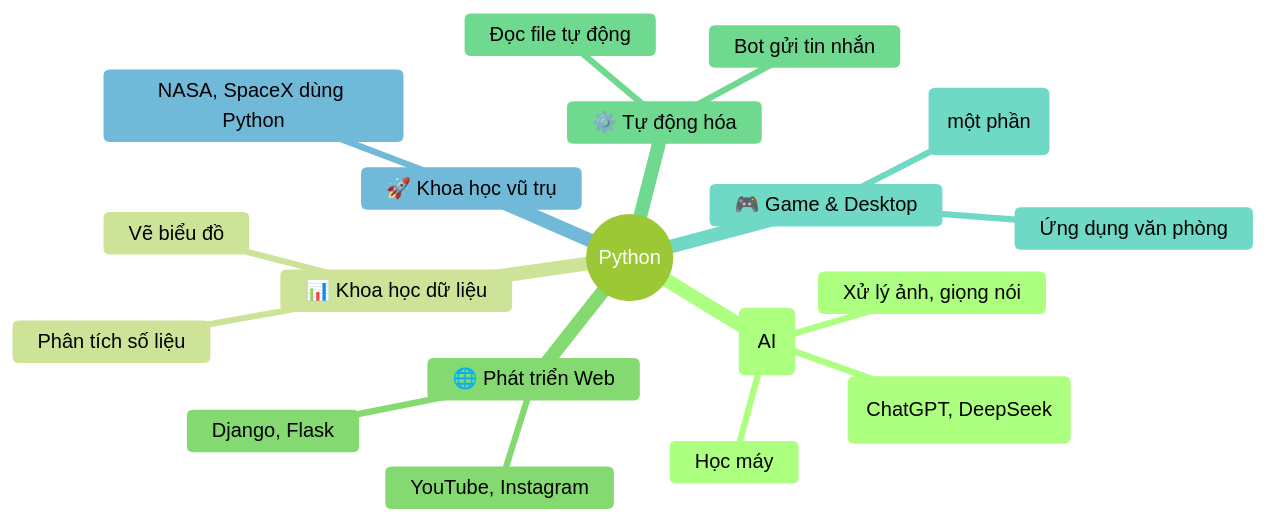
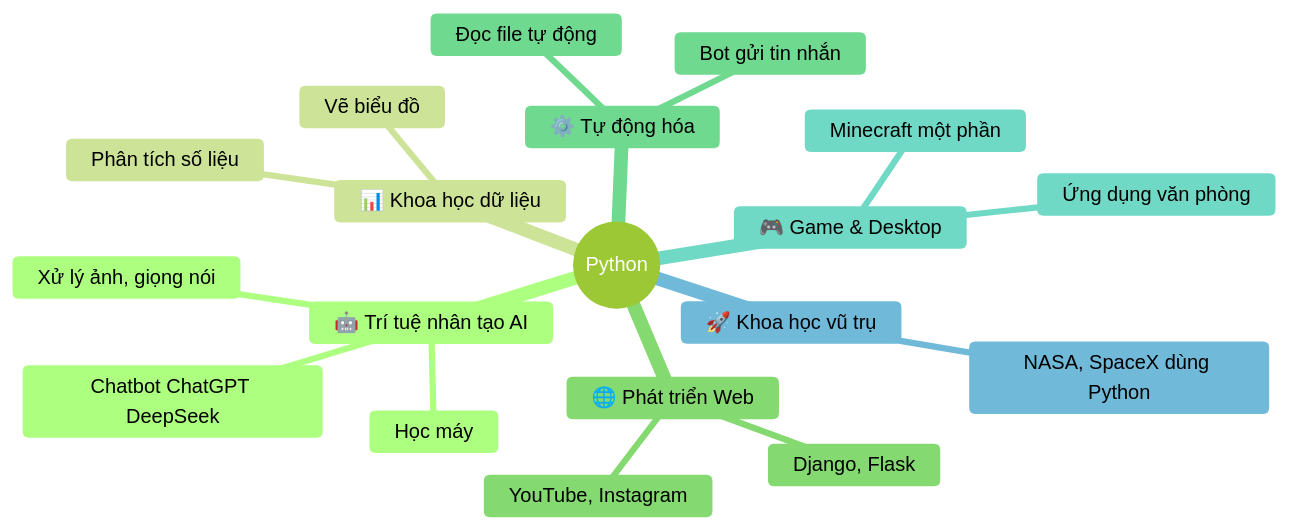
The first of 2 diagrams in 01-Co-Ban/01-Gioi-Thieu/bai.md (DaiVietForWork-81/HyperHub-Python), drawn with Mermaid (forest theme) before and after one commit. The commit also changed 6 other files, not shown here.

Commit message:
fix: sanitize mermaid mindmap texts for GitHub rendering

````diff
--- a/01-Co-Ban/01-Gioi-Thieu/bai.md
+++ b/01-Co-Ban/01-Gioi-Thieu/bai.md
@@ -62,22 +62,22 @@
 ```mermaid
 mindmap
   root((Python))
-    🤖 Trí tuệ nhân tạo (AI)
+    🤖 Trí tuệ nhân tạo AI
       Học máy
-      Chatbot (ChatGPT, DeepSeek)
+      Chatbot ChatGPT DeepSeek
       Xử lý ảnh, giọng nói
     📊 Khoa học dữ liệu
       Phân tích số liệu
       Vẽ biểu đồ
     🌐 Phát triển Web
       Django, Flask
       YouTube, Instagram
     ⚙️ Tự động hóa
       Bot gửi tin nhắn
       Đọc file tự động
     🎮 Game & Desktop
-      Minecraft (một phần)
+      Minecraft một phần
       Ứng dụng văn phòng
     🚀 Khoa học vũ trụ
       NASA, SpaceX dùng Python
 ```
````
